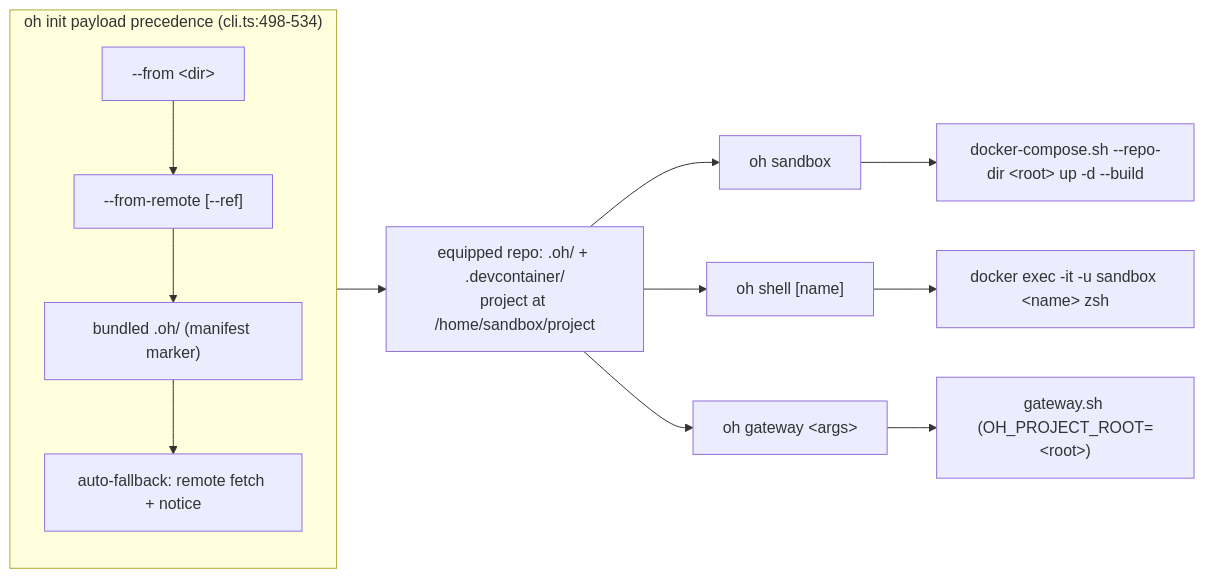
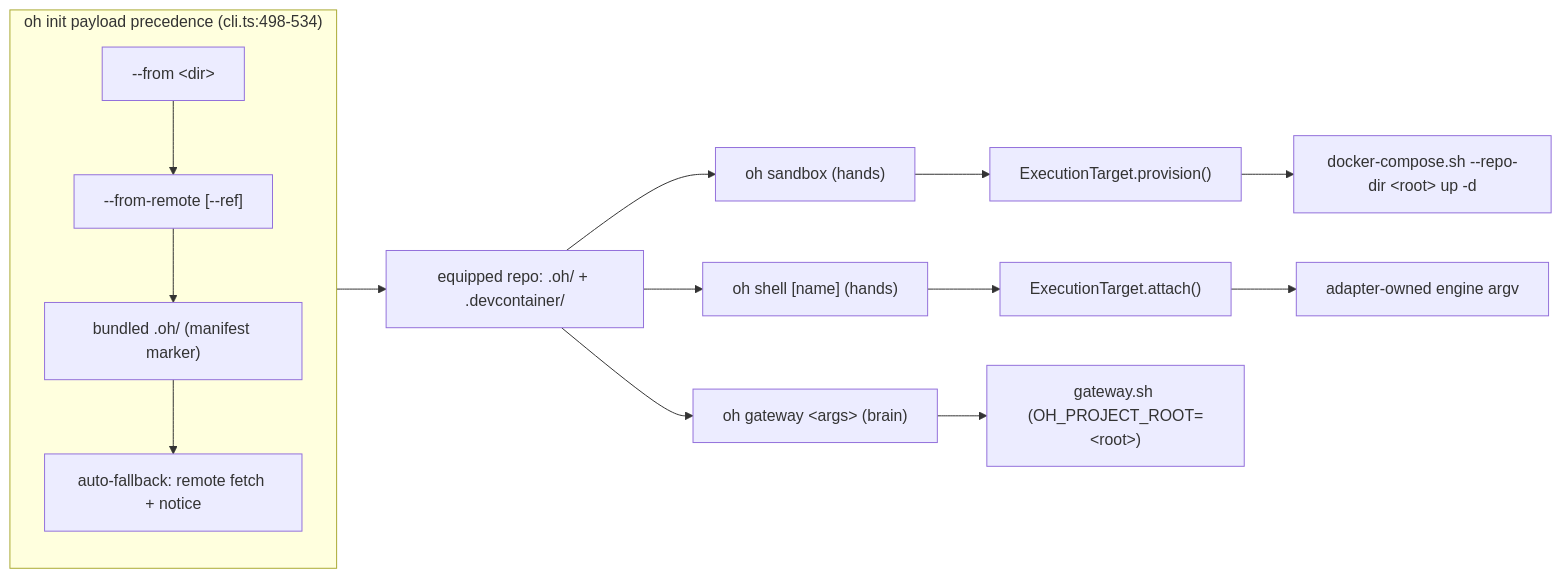
The diagram in .oh/skills/wiki/corpus/oh-cli-portable-lifecycle.md (mifunedev/openharness), drawn with Mermaid before and after one commit. The commit also changed other lines of this file and 3 other files, not shown here.

First line of the commit message:
task: US-004 — Route oh sandbox and oh shell through the contract

````diff
--- a/.oh/skills/wiki/corpus/oh-cli-portable-lifecycle.md
+++ b/.oh/skills/wiki/corpus/oh-cli-portable-lifecycle.md
@@ -57,13 +66,13 @@
 ```mermaid
 flowchart LR
   subgraph SRC["oh init payload precedence (cli.ts:498-534)"]
     direction TB
     A["--from &lt;dir&gt;"] --> B["--from-remote [--ref]"]
     B --> C["bundled .oh/ (manifest marker)"]
     C --> D["auto-fallback: remote fetch + notice"]
   end
-  SRC --> INIT["equipped repo: .oh/ + .devcontainer/<br/>project at /home/sandbox/project"]
-  INIT --> SB["oh sandbox"] --> DC["docker-compose.sh --repo-dir &lt;root&gt; up -d --build"]
-  INIT --> SH["oh shell [name]"] --> DE["docker exec -it -u sandbox &lt;name&gt; zsh"]
-  INIT --> GW["oh gateway &lt;args&gt;"] --> GS["gateway.sh (OH_PROJECT_ROOT=&lt;root&gt;)"]
+  SRC --> INIT["equipped repo: .oh/ + .devcontainer/"]
+  INIT --> SB["oh sandbox (hands)"] --> PV["ExecutionTarget.provision()"] --> DC["docker-compose.sh --repo-dir &lt;root&gt; up -d"]
+  INIT --> SH["oh shell [name] (hands)"] --> AT["ExecutionTarget.attach()"] --> DE["adapter-owned engine argv"]
+  INIT --> GW["oh gateway &lt;args&gt; (brain)"] --> GS["gateway.sh (OH_PROJECT_ROOT=&lt;root&gt;)"]
 ```
````
